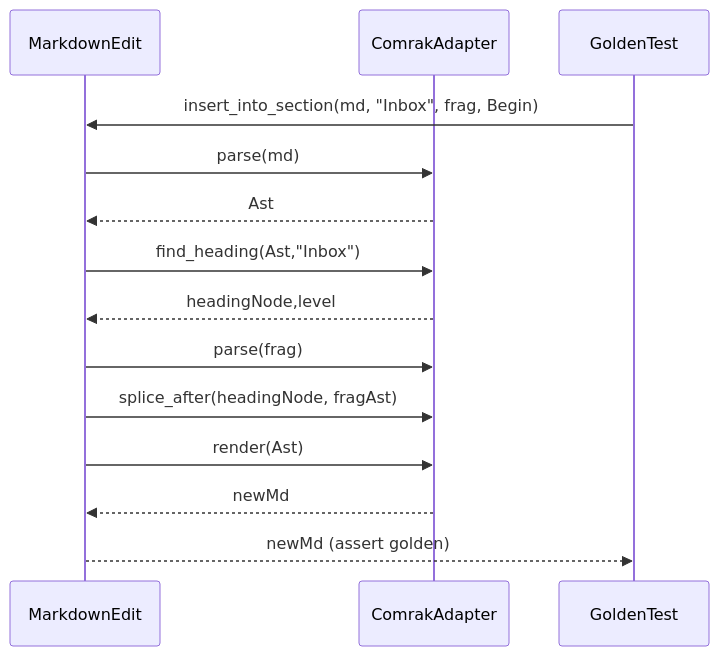
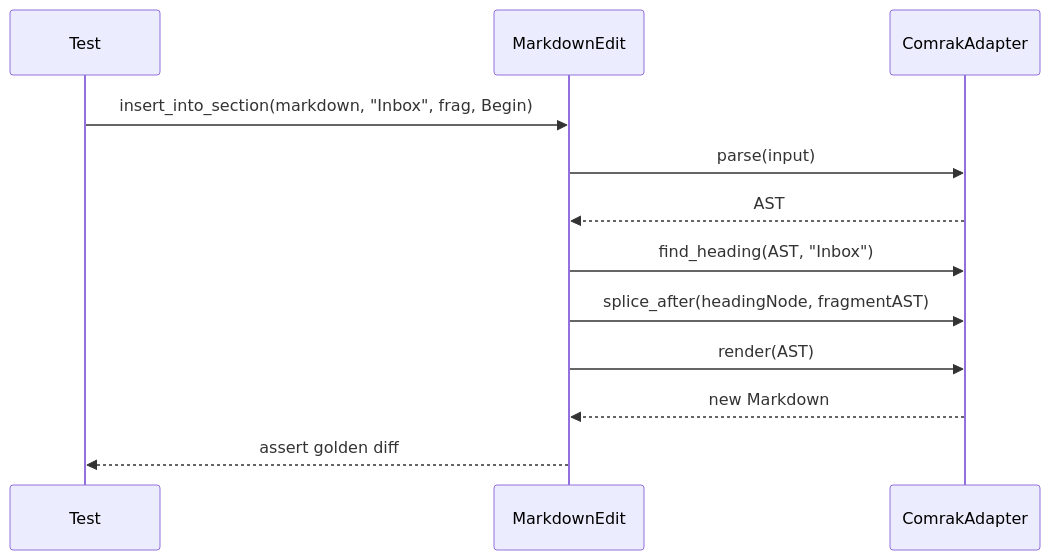
Before and after one commit to agustinvalencia/mdvault: the tenth of 22 diagrams in docs/01_development_plan.md, drawn with Mermaid. The commit also changed other lines of this file and 1 other file, not shown here.

````diff
--- a/docs/01_development_plan.md
+++ b/docs/01_development_plan.md
@@ -255,17 +270,15 @@
 ```mermaid
 sequenceDiagram
-  participant Core as MarkdownEdit
+  participant Test
+  participant Edit as MarkdownEdit
   participant Comrak as ComrakAdapter
-  participant Test as GoldenTest
 
-  Test->>Core: insert_into_section(md, "Inbox", frag, Begin)
-  Core->>Comrak: parse(md)
-  Comrak-->>Core: Ast
-  Core->>Comrak: find_heading(Ast,"Inbox")
-  Comrak-->>Core: headingNode,level
-  Core->>Comrak: parse(frag)
-  Core->>Comrak: splice_after(headingNode, fragAst)
-  Core->>Comrak: render(Ast)
-  Comrak-->>Core: newMd
-  Core-->>Test: newMd (assert golden)
+  Test->>Edit: insert_into_section(markdown, "Inbox", frag, Begin)
+  Edit->>Comrak: parse(input)
+  Comrak-->>Edit: AST
+  Edit->>Comrak: find_heading(AST, "Inbox")
+  Edit->>Comrak: splice_after(headingNode, fragmentAST)
+  Edit->>Comrak: render(AST)
+  Comrak-->>Edit: new Markdown
+  Edit-->>Test: assert golden diff
 ```
````
